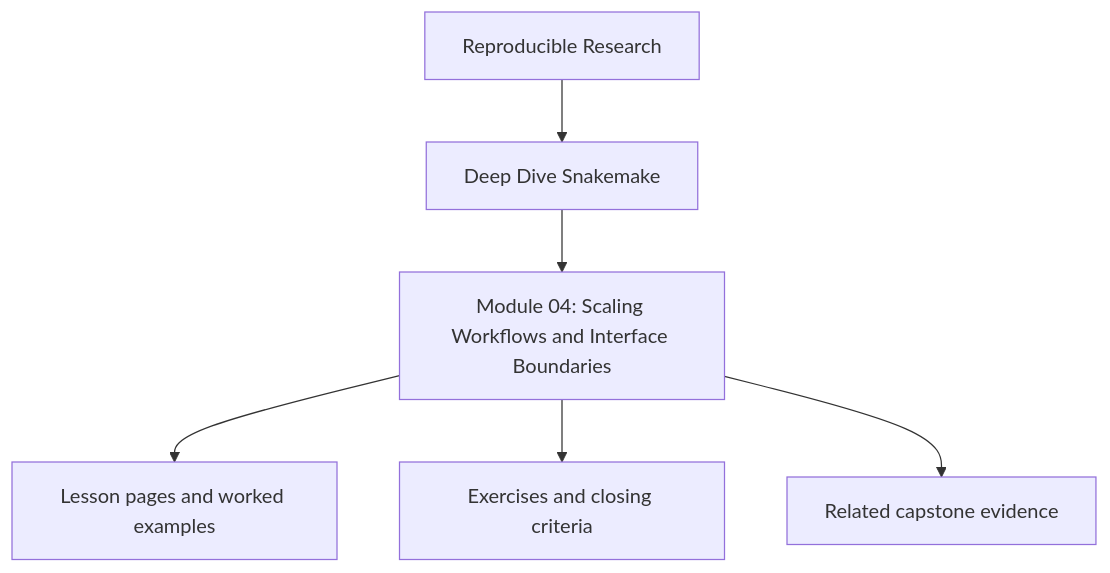
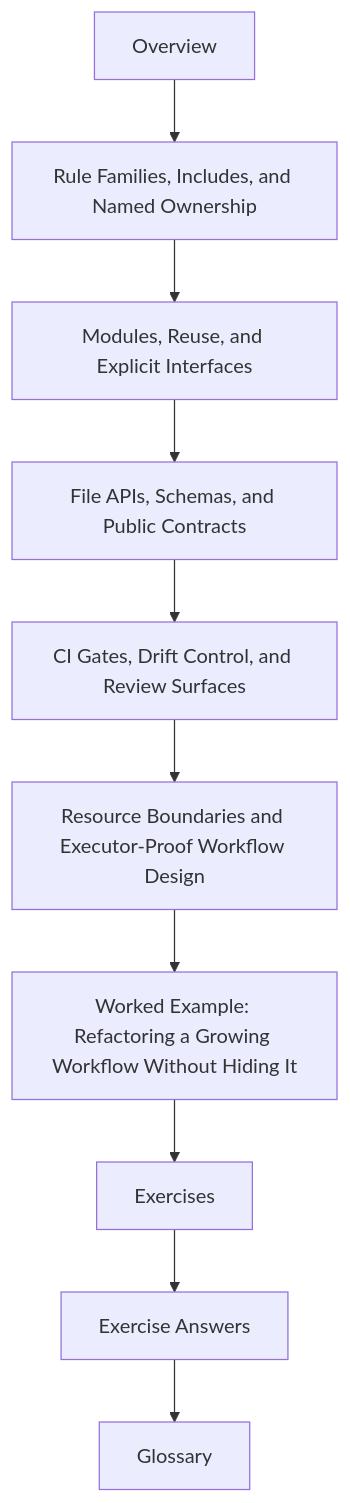
Before and after one commit to bijux/bijux-masterclass: the diagram in programs/reproducible-research/deep-dive-snakemake/course-book/module-04-scaling-workflows-interface-boundaries/index.md, drawn with Mermaid. The commit also changed other lines of this file, not shown here.

Commit message:
docs(snakemake-course): reshape module 04 overview around interface boundaries

````diff
--- a/programs/reproducible-research/deep-dive-snakemake/course-book/module-04-scaling-workflows-interface-boundaries/index.md
+++ b/programs/reproducible-research/deep-dive-snakemake/course-book/module-04-scaling-workflows-interface-boundaries/index.md
@@ -9,8 +23,12 @@
 ```mermaid
 flowchart TD
-  family["Reproducible Research"] --> program["Deep Dive Snakemake"]
-  program --> module["Module 04: Scaling Workflows and Interface Boundaries"]
-  module --> lessons["Lesson pages and worked examples"]
-  module --> checkpoints["Exercises and closing criteria"]
-  module --> capstone["Related capstone evidence"]
+  start["Overview"] --> core1["Rule Families, Includes, and Named Ownership"]
+  core1 --> core2["Modules, Reuse, and Explicit Interfaces"]
+  core2 --> core3["File APIs, Schemas, and Public Contracts"]
+  core3 --> core4["CI Gates, Drift Control, and Review Surfaces"]
+  core4 --> core5["Resource Boundaries and Executor-Proof Workflow Design"]
+  core5 --> example["Worked Example: Refactoring a Growing Workflow Without Hiding It"]
+  example --> practice["Exercises"]
+  practice --> answers["Exercise Answers"]
+  answers --> glossary["Glossary"]
 ```
````
